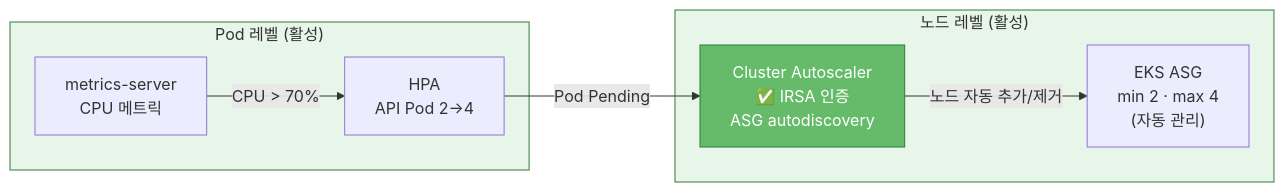
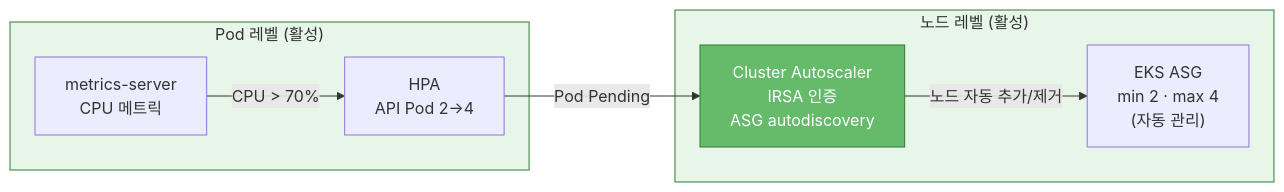
One commit to 80-hours-a-week/2-cho-community-infra changed diagram 13 of 17 in report.md. Above: the diagram before and after it, drawn with Mermaid. The commit also changed other lines of this file and 1 other file, not shown here.

````diff
--- a/report.md
+++ b/report.md
@@ -667,20 +667,20 @@
 ```mermaid
 flowchart LR
     subgraph Pod_Level["Pod 레벨 (활성)"]
         MetricsSrv["metrics-server<br/>CPU 메트릭"]
         HPA["HPA<br/>API Pod 2→4"]
     end
 
     subgraph Node_Level["노드 레벨 (활성)"]
-        CA["Cluster Autoscaler<br/>✅ IRSA 인증<br/>ASG autodiscovery"]
+        CA["Cluster Autoscaler<br/>IRSA 인증<br/>ASG autodiscovery"]
         ASG["EKS ASG<br/>min 2 · max 4<br/>(자동 관리)"]
     end
 
     MetricsSrv -->|"CPU > 70%"| HPA
     HPA -->|"Pod Pending"| CA
     CA -->|"노드 자동 추가/제거"| ASG
 
     style Pod_Level fill:#e8f5e9,stroke:#2e7d32
     style Node_Level fill:#e8f5e9,stroke:#2e7d32
     style CA fill:#66bb6a,color:#fff,stroke:#2e7d32
 ```
````
